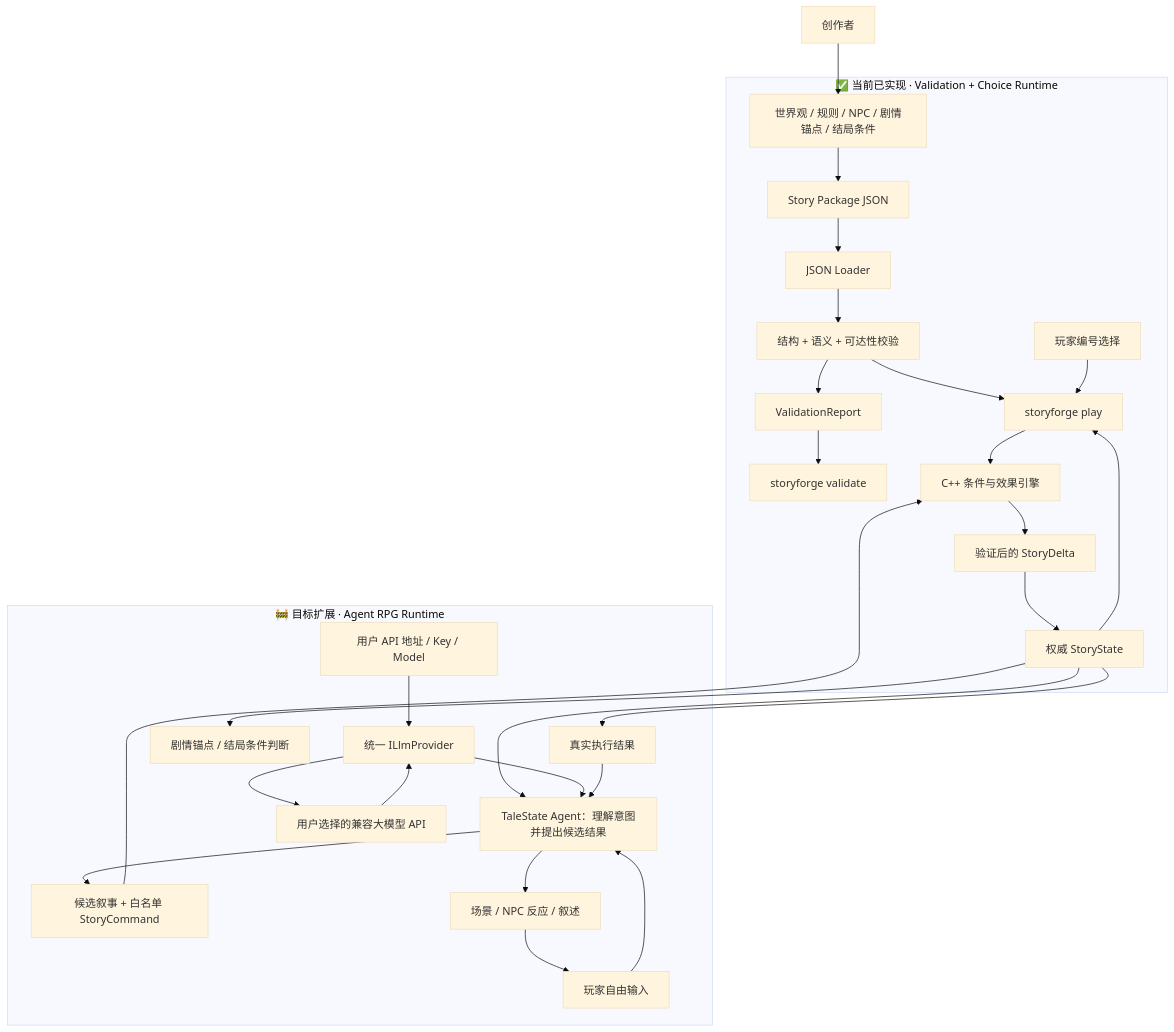
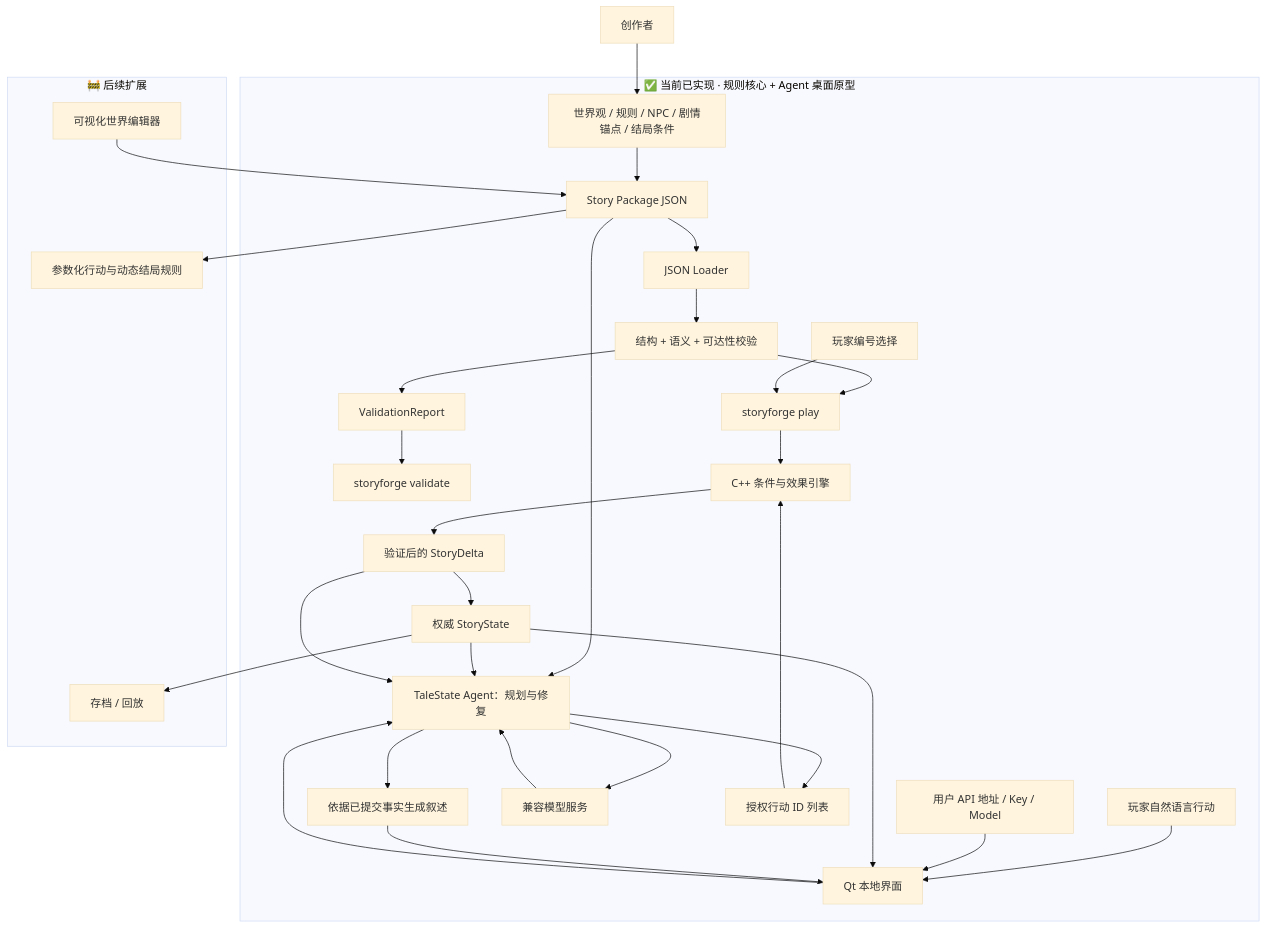
The diagram in README.md (stellablack528/talestate-cpp), drawn with Mermaid (base theme) before and after one commit. The commit also changed other lines of this file and 21 other files, not shown here.

Commit message:
feat: add parameterized RPG actions and desktop agent loop

````diff
--- a/README.md
+++ b/README.md
@@ -124,34 +131,36 @@
 ```mermaid
 flowchart TD
     Creator["创作者"] --> World["世界观 / 规则 / NPC / 剧情锚点 / 结局条件"]
 
-    subgraph Current ["✅ 当前已实现 · Validation + Choice Runtime"]
+    subgraph Current ["✅ 当前已实现 · 规则核心 + Agent 桌面原型"]
         World --> Package["Story Package JSON"]
         Package --> Loader["JSON Loader"]
         Loader --> Validation["结构 + 语义 + 可达性校验"]
         Validation --> Report["ValidationReport"]
         Report --> ValidateCLI["storyforge validate"]
         Validation --> PlayCLI["storyforge play"]
         PlayerChoice["玩家编号选择"] --> PlayCLI
-        PlayCLI --> Runtime["C++ 条件与效果引擎"]
+        Player["玩家自然语言行动"] --> Desktop["Qt 本地界面"]
+        Config["用户 API 地址 / Key / Model"] --> Desktop
+        Desktop --> Agent["TaleState Agent：规划与修复"]
+        Agent --> Provider["兼容模型服务"]
+        Provider --> Agent
+        Package --> Agent
+        Agent --> Candidate["授权行动 ID 列表"]
+        Candidate --> Runtime["C++ 条件与效果引擎"]
+        PlayCLI --> Runtime
         Runtime --> Delta["验证后的 StoryDelta"]
         Delta --> State["权威 StoryState"]
-        State --> PlayCLI
+        State --> Agent
+        State --> Desktop
+        Delta --> Agent
+        Agent --> Narrative["依据已提交事实生成叙述"]
+        Narrative --> Desktop
     end
 
-    subgraph Target ["🚧 目标扩展 · Agent RPG Runtime"]
-        Player["玩家自由输入"] --> Agent["TaleState Agent：理解意图并提出候选结果"]
-        State["权威 StoryState"] --> Agent
-        Config["用户 API 地址 / Key / Model"] --> Provider["统一 ILlmProvider"]
-        Provider --> MarketModel["用户选择的兼容大模型 API"]
-        MarketModel --> Provider
-        Provider --> Agent
-        Agent --> Candidate["候选叙事 + 白名单 StoryCommand"]
-        Candidate --> Runtime
-        State --> Ending["剧情锚点 / 结局条件判断"]
-        State --> Result["真实执行结果"]
-        Result --> Agent
-        Agent --> Narrative["场景 / NPC 反应 / 叙述"]
-        Narrative --> Player
+    subgraph Target ["🚧 后续扩展"]
+        AuthorUI["可视化世界编辑器"] --> Package
+        State --> Save["存档 / 回放"]
+        Package --> RichRules["参数化行动与动态结局规则"]
     end
 ```
````
